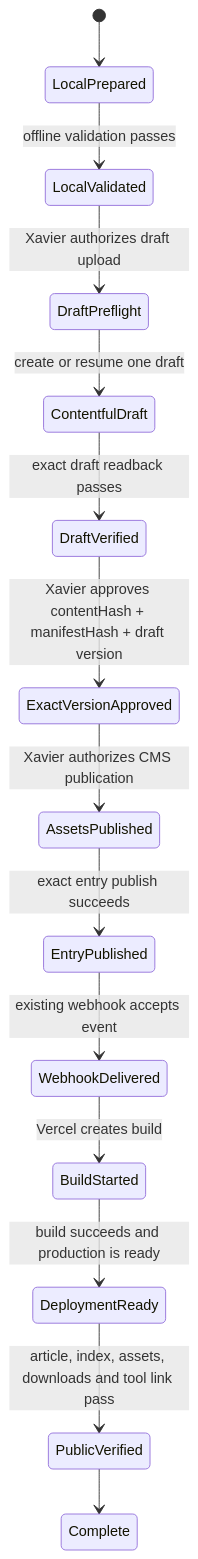
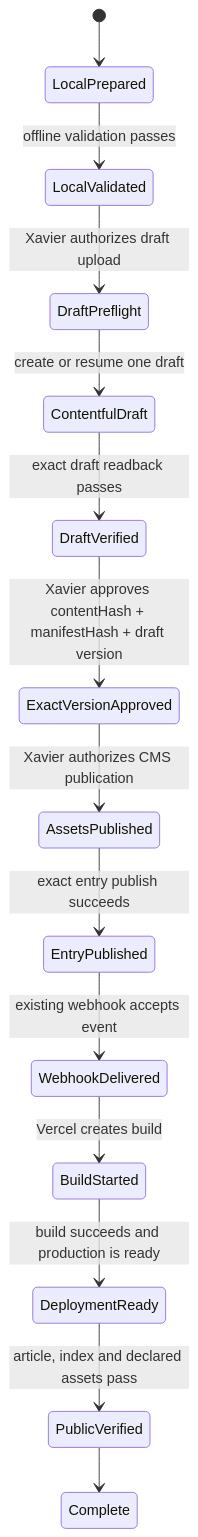
Before and after one commit to xap5xap/thexap_tech: the second of 2 diagrams in docs/publishing/visual-tutorial-publication-contract.md, drawn with Mermaid. The commit also changed other lines of this file and 2 other files, not shown here.

Commit message:
docs: add article-only publication contract

````diff
--- a/docs/publishing/visual-tutorial-publication-contract.md
+++ b/docs/publishing/visual-tutorial-publication-contract.md
@@ -218,16 +229,16 @@
 ```mermaid
 stateDiagram-v2
     [*] --> LocalPrepared
     LocalPrepared --> LocalValidated: offline validation passes
     LocalValidated --> DraftPreflight: Xavier authorizes draft upload
     DraftPreflight --> ContentfulDraft: create or resume one draft
     ContentfulDraft --> DraftVerified: exact draft readback passes
     DraftVerified --> ExactVersionApproved: Xavier approves contentHash + manifestHash + draft version
     ExactVersionApproved --> AssetsPublished: Xavier authorizes CMS publication
     AssetsPublished --> EntryPublished: exact entry publish succeeds
     EntryPublished --> WebhookDelivered: existing webhook accepts event
     WebhookDelivered --> BuildStarted: Vercel creates build
     BuildStarted --> DeploymentReady: build succeeds and production is ready
-    DeploymentReady --> PublicVerified: article, index, assets, downloads and tool link pass
+    DeploymentReady --> PublicVerified: article, index and declared assets pass
     PublicVerified --> Complete
 ```
````
